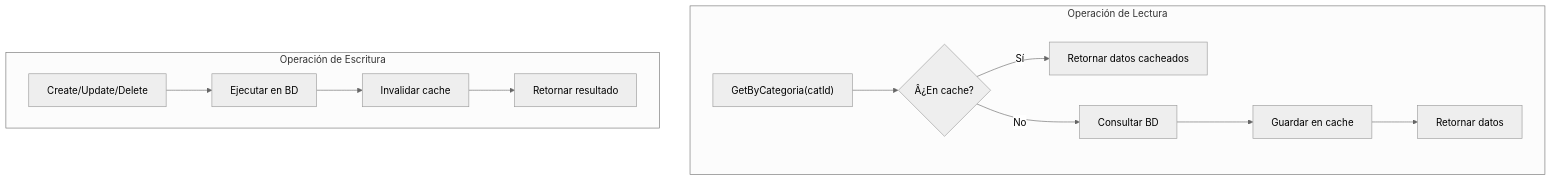
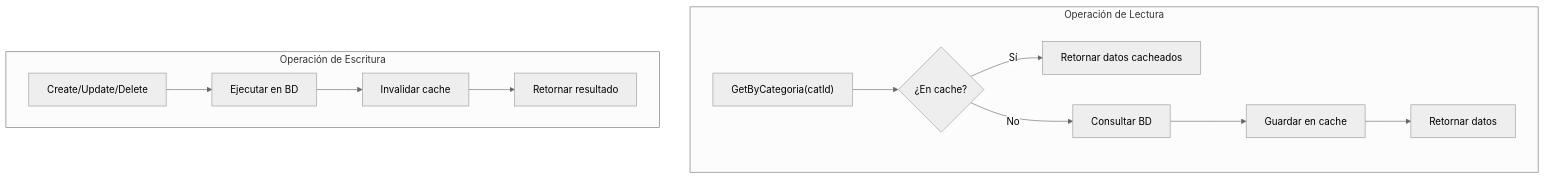
One commit to joseluisgs/TiendaDawApi-Cqrs-MediatR-NetCore changed the fourth of 7 diagrams in doc/10-redis-caching.md. Above: the diagram before and after it, drawn with Mermaid (neutral theme). The commit also changed other lines of this file and 27 other files, not shown here.

````diff
--- a/doc/10-redis-caching.md
+++ b/doc/10-redis-caching.md
@@ -1066,16 +1066,16 @@
 ```mermaid
 flowchart TD
     subgraph "Operación de Lectura"
-        A1["GetByCategoria(catId)"] --> A2{"Â¿En cache?"}
+        A1["GetByCategoria(catId)"] --> A2{"¿En cache?"}
         A2 -->|Sí| A3["Retornar datos cacheados"]
         A2 -->|No| A4["Consultar BD"]
         A4 --> A5["Guardar en cache"]
         A5 --> A6["Retornar datos"]
     end
     
     subgraph "Operación de Escritura"
         B1["Create/Update/Delete"] --> B2["Ejecutar en BD"]
         B2 --> B3["Invalidar cache"]
         B3 --> B4["Retornar resultado"]
     end
 ```
````
